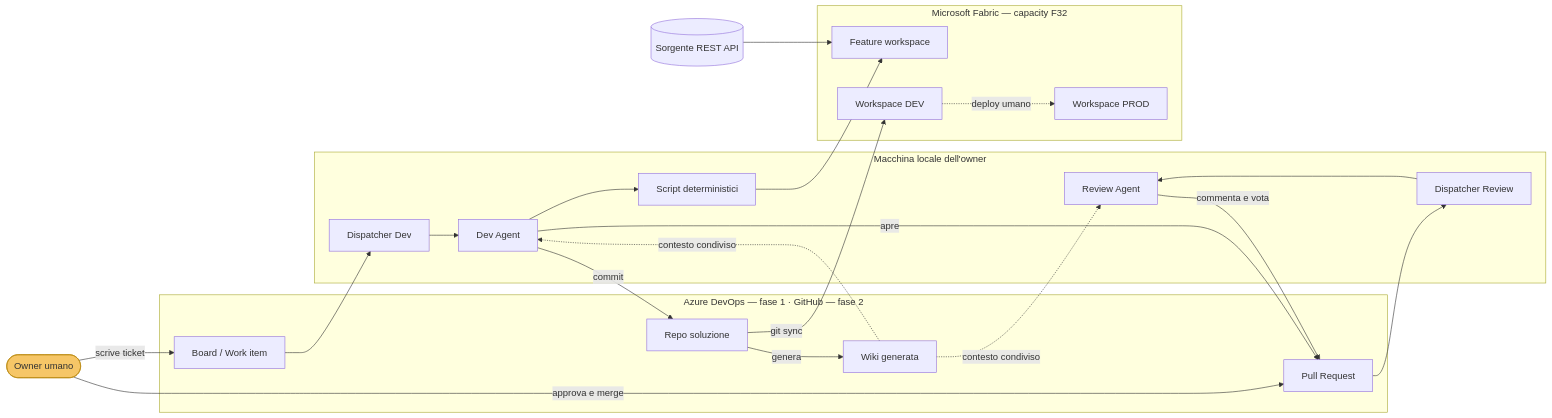
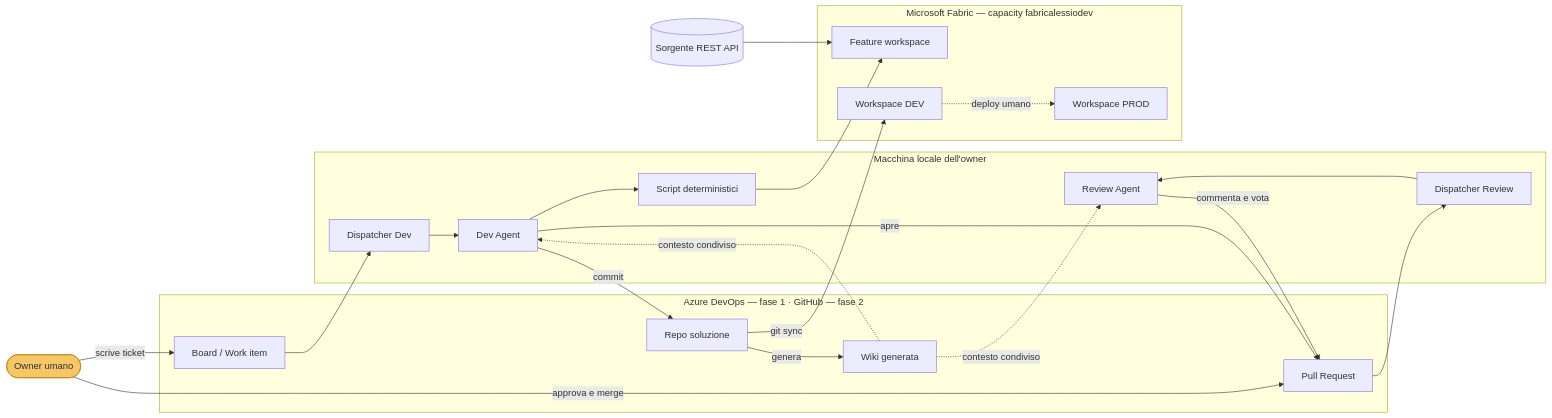
The second of 2 diagrams in docs/prd/PRD-agentic-cicd-fabric.md (alessioandriuloagic/fabric-agentic), drawn with Mermaid before and after one commit. The commit also changed other lines of this file and 6 other files, not shown here.

````diff
--- a/docs/prd/PRD-agentic-cicd-fabric.md
+++ b/docs/prd/PRD-agentic-cicd-fabric.md
@@ -350,44 +350,44 @@
 ```mermaid
 flowchart LR
     H([Owner umano]):::human
 
     subgraph TRACKER["Azure DevOps — fase 1 · GitHub — fase 2"]
         BOARD[Board / Work item]
         REPO[Repo soluzione]
         PRQ[Pull Request]
         WIKI[Wiki generata]
     end
 
     subgraph LOCAL["Macchina locale dell'owner"]
         DSP1[Dispatcher Dev]
         DSP2[Dispatcher Review]
         DA[Dev Agent]
         RA[Review Agent]
         RAILS[Script deterministici]
     end
 
-    subgraph FABRIC["Microsoft Fabric — capacity F32"]
+    subgraph FABRIC["Microsoft Fabric — capacity fabricalessiodev"]
         WSF[Feature workspace]
         WSD[Workspace DEV]
         WSP[Workspace PROD]
     end
 
     SRC[(Sorgente REST API)]
 
     H -->|scrive ticket| BOARD
     BOARD --> DSP1 --> DA
     PRQ --> DSP2 --> RA
     DA --> RAILS --> WSF
     DA -->|commit| REPO
     DA -->|apre| PRQ
     RA -->|commenta e vota| PRQ
     H -->|approva e merge| PRQ
     REPO -->|git sync| WSD
     WSD -.->|deploy umano| WSP
     SRC --> WSF
     REPO -->|genera| WIKI
     WIKI -.->|contesto condiviso| DA
     WIKI -.->|contesto condiviso| RA
 
     classDef human fill:#f6c667,stroke:#b8860b
 ```
````
